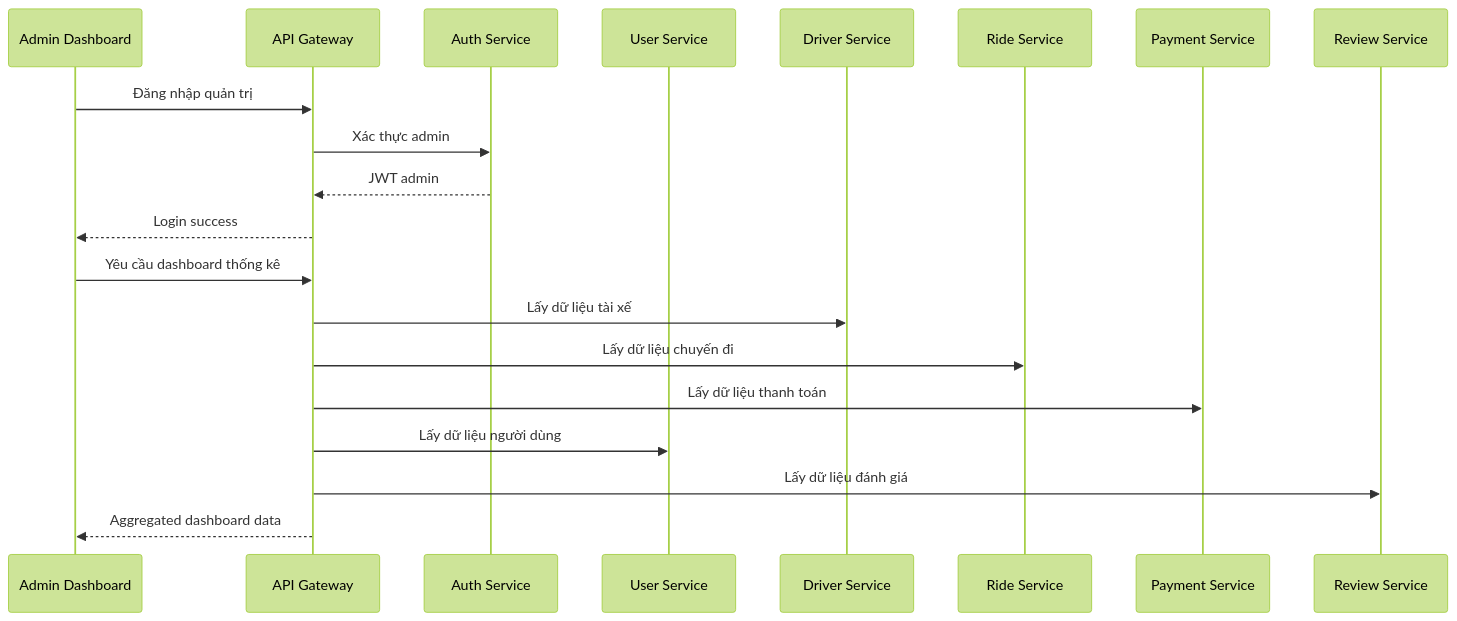
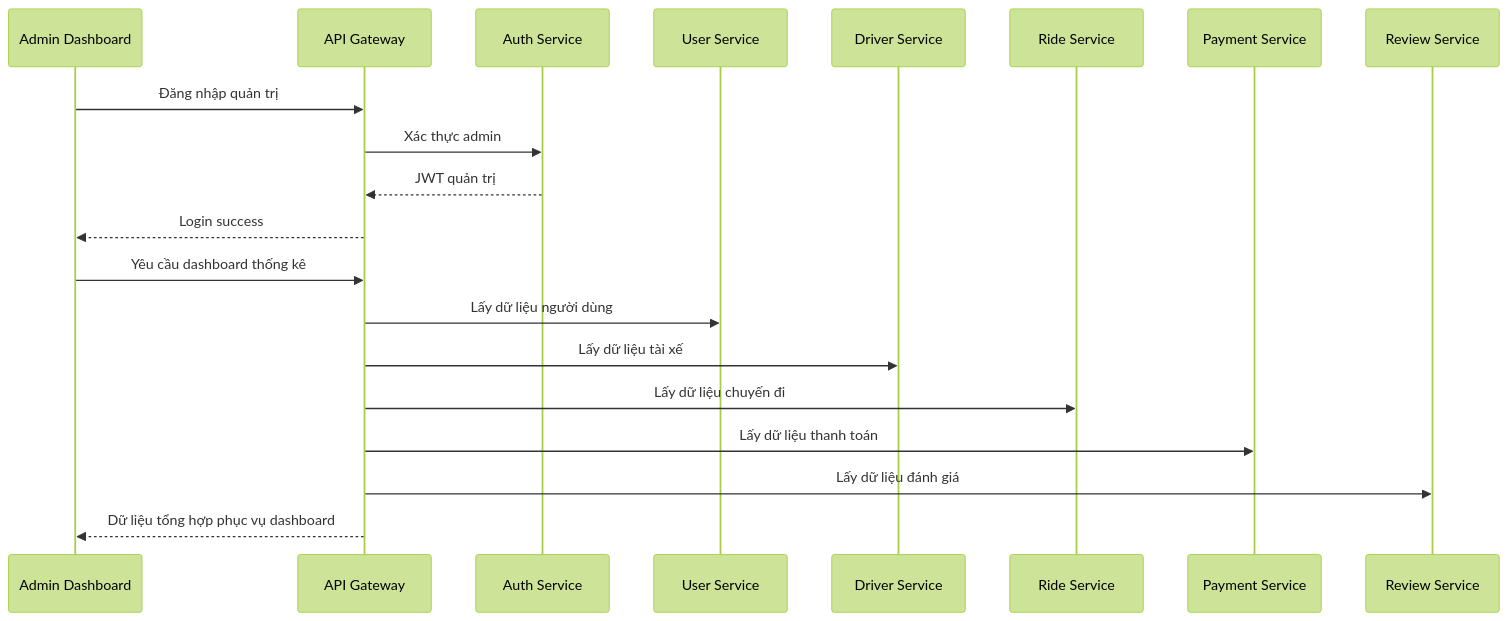
One commit to foxxiee04/Cab-Booking-System-Project changed diagram 19 of 20 in .doc/phantichthietkehethong.md. Above: the diagram before and after it, drawn with Mermaid (forest theme). The commit also changed other lines of this file, not shown here.

````diff
--- a/.doc/phantichthietkehethong.md
+++ b/.doc/phantichthietkehethong.md
@@ -871,24 +1372,24 @@
 ```mermaid
 sequenceDiagram
     participant A as Admin Dashboard
     participant G as API Gateway
     participant Auth as Auth Service
     participant User as User Service
     participant Driver as Driver Service
     participant Ride as Ride Service
     participant Payment as Payment Service
     participant Review as Review Service
 
     A->>G: Đăng nhập quản trị
     G->>Auth: Xác thực admin
-    Auth-->>G: JWT admin
+    Auth-->>G: JWT quản trị
     G-->>A: Login success
 
     A->>G: Yêu cầu dashboard thống kê
+    G->>User: Lấy dữ liệu người dùng
     G->>Driver: Lấy dữ liệu tài xế
     G->>Ride: Lấy dữ liệu chuyến đi
     G->>Payment: Lấy dữ liệu thanh toán
-    G->>User: Lấy dữ liệu người dùng
     G->>Review: Lấy dữ liệu đánh giá
-    G-->>A: Aggregated dashboard data
+    G-->>A: Dữ liệu tổng hợp phục vụ dashboard
 ```
````
